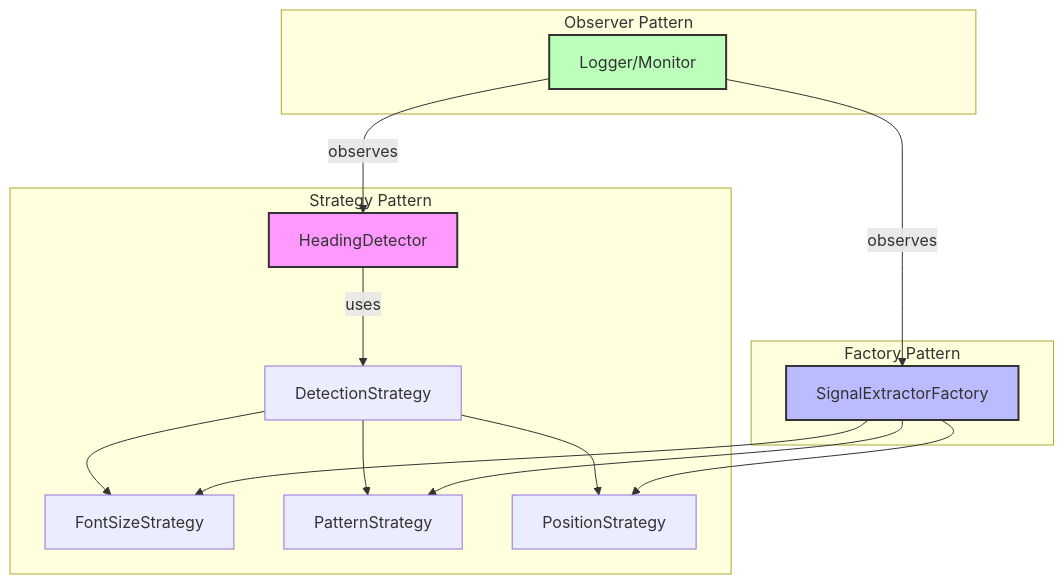
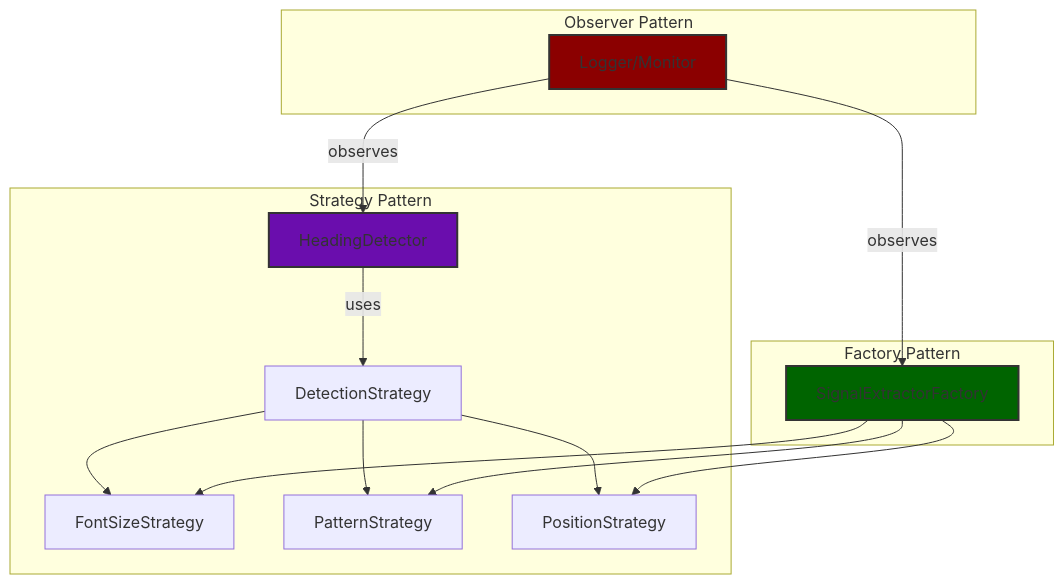
Before and after one commit to i-ayushh18/Challenge_1a: the diagram in README.md, drawn with Mermaid.

Commit message:
docs: enhance Mermaid diagram colors for better readability

````diff
--- a/README.md
+++ b/README.md
@@ -248,23 +248,23 @@
 ```mermaid
 graph TD
     subgraph Strategy_Pattern["Strategy Pattern"]
         A[HeadingDetector] -->|uses| B[DetectionStrategy]
         B --> C[FontSizeStrategy]
         B --> D[PatternStrategy]
         B --> E[PositionStrategy]
     end
     
     subgraph Factory_Pattern["Factory Pattern"]
         F[SignalExtractorFactory] --> C
         F --> D
         F --> E
     end
     
     subgraph Observer_Pattern["Observer Pattern"]
         G[Logger/Monitor] -- observes --> A
         G -- observes --> F
     end
-    style A fill:#f9f,stroke:#333,stroke-width:2px
-    style F fill:#bbf,stroke:#333,stroke-width:2px
-    style G fill:#bfb,stroke:#333,stroke-width:2px
+    style A fill:#6a0dad,stroke:#333,stroke-width:2px
+    style F fill:#006400,stroke:#333,stroke-width:2px
+    style G fill:#8b0000,stroke:#333,stroke-width:2px
 ```
````
